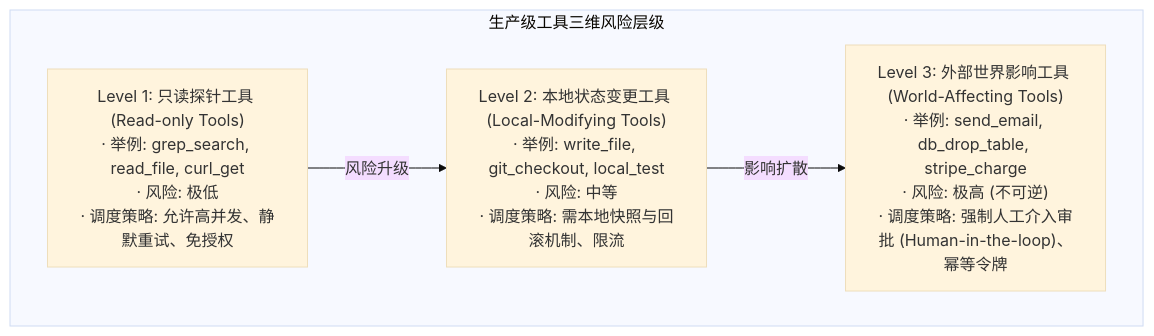
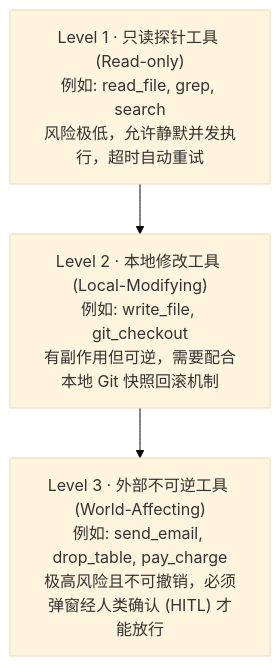
Before and after one commit to ljh12138164/ai-agent-study: the first of 2 diagrams in app/ch04-tools/01-tool-taxonomy-and-aci/page.mdx, drawn with Mermaid (base theme). The commit also changed other lines of this file and 43 other files, not shown here.

````diff
--- a/app/ch04-tools/01-tool-taxonomy-and-aci/page.mdx
+++ b/app/ch04-tools/01-tool-taxonomy-and-aci/page.mdx
@@ -39,13 +13,6 @@
 ```mermaid
-graph TD
-    subgraph Taxonomy["生产级工具三维风险层级"]
-        T1["Level 1: 只读探针工具 (Read-only Tools)<br/>· 举例: grep_search, read_file, curl_get<br/>· 风险: 极低<br/>· 调度策略: 允许高并发、静默重试、免授权"]
-        
-        T2["Level 2: 本地状态变更工具 (Local-Modifying Tools)<br/>· 举例: write_file, git_checkout, local_test<br/>· 风险: 中等<br/>· 调度策略: 需本地快照与回滚机制、限流"]
-        
-        T3["Level 3: 外部世界影响工具 (World-Affecting Tools)<br/>· 举例: send_email, db_drop_table, stripe_charge<br/>· 风险: 极高 (不可逆)<br/>· 调度策略: 强制人工介入审批 (Human-in-the-loop)、幂等令牌"]
-        
-        T1 -->|风险升级| T2
-        T2 -->|影响扩散| T3
-    end
+flowchart TD
+    T1["Level 1 · 只读探针工具 (Read-only)<br/>例如: read_file, grep, search<br/>风险极低，允许静默并发执行，超时自动重试"]
+    --> T2["Level 2 · 本地修改工具 (Local-Modifying)<br/>例如: write_file, git_checkout<br/>有副作用但可逆，需要配合本地 Git 快照回滚机制"]
+    --> T3["Level 3 · 外部不可逆工具 (World-Affecting)<br/>例如: send_email, drop_table, pay_charge<br/>极高风险且不可撤销，必须弹窗经人类确认 (HITL) 才能放行"]
 ```
````
